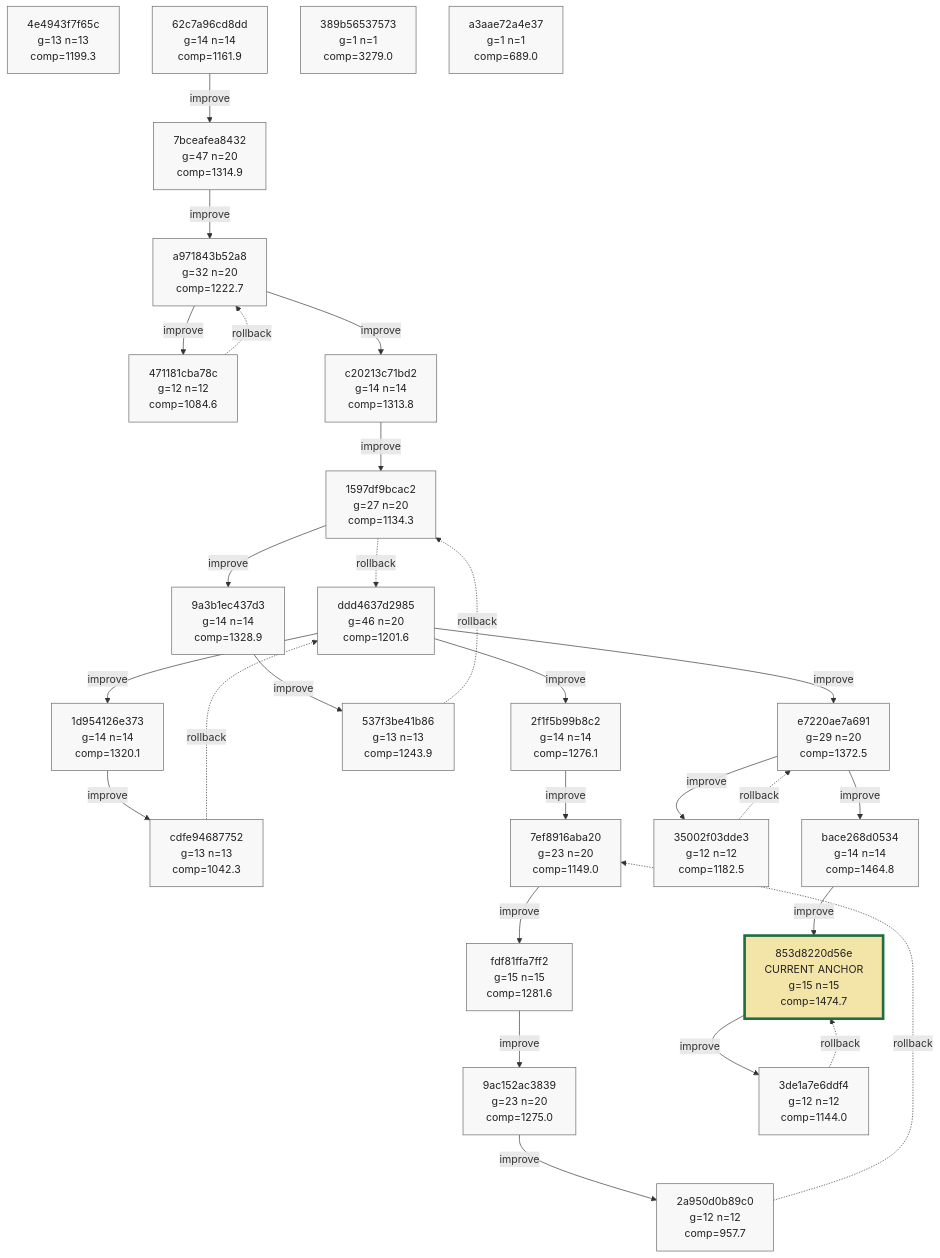
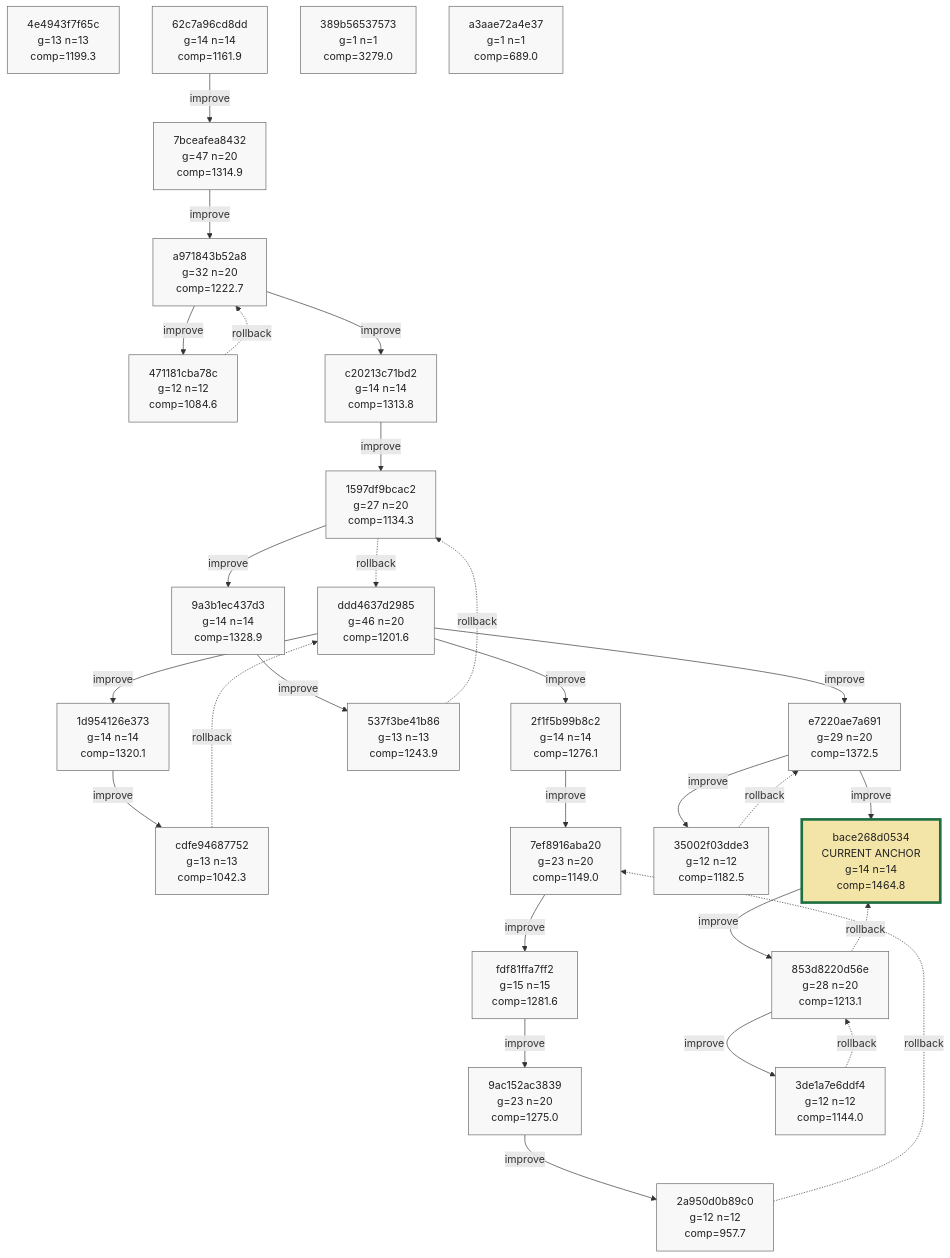
Before and after one commit to azumag/soviet_now: the ninth of 9 diagrams in phyrogenetic-tree.md, drawn with Mermaid. The commit also changed other lines of this file and 2 other files, not shown here.

```diff
--- a/phyrogenetic-tree.md
+++ b/phyrogenetic-tree.md
@@ -2248,8 +2249,8 @@
     h_537f3be41b86["537f3be41b86<br/>g=13 n=13<br/>comp=1243.9"]
     h_e7220ae7a691["e7220ae7a691<br/>g=29 n=20<br/>comp=1372.5"]
     h_35002f03dde3["35002f03dde3<br/>g=12 n=12<br/>comp=1182.5"]
-    h_bace268d0534["bace268d0534<br/>g=14 n=14<br/>comp=1464.8"]
-    h_853d8220d56e["853d8220d56e<br/>CURRENT ANCHOR<br/>g=15 n=15<br/>comp=1474.7"]
+    h_bace268d0534["bace268d0534<br/>CURRENT ANCHOR<br/>g=14 n=14<br/>comp=1464.8"]
+    h_853d8220d56e["853d8220d56e<br/>g=28 n=20<br/>comp=1213.1"]
     h_3de1a7e6ddf4["3de1a7e6ddf4<br/>g=12 n=12<br/>comp=1144.0"]
     h_389b56537573["389b56537573<br/>g=1 n=1<br/>comp=3279.0"]
     h_a3aae72a4e37["a3aae72a4e37<br/>g=1 n=1<br/>comp=689.0"]
@@ -2280,6 +2281,7 @@
     h_bace268d0534 -->|improve| h_853d8220d56e
     h_853d8220d56e -->|improve| h_3de1a7e6ddf4
     h_3de1a7e6ddf4 -. rollback .-> h_853d8220d56e
+    h_853d8220d56e -. rollback .-> h_bace268d0534
 
     classDef plain fill:#f8f8f8,stroke:#666,stroke-width:1px,color:#222;
     classDef current fill:#ffe8a3,stroke:#9a6700,stroke-width:3px,color:#222;
@@ -2305,8 +2307,8 @@
     class h_537f3be41b86 plain;
     class h_e7220ae7a691 plain;
     class h_35002f03dde3 plain;
-    class h_bace268d0534 plain;
-    class h_853d8220d56e current_anchor;
+    class h_bace268d0534 current_anchor;
+    class h_853d8220d56e plain;
     class h_3de1a7e6ddf4 plain;
     class h_389b56537573 plain;
     class h_a3aae72a4e37 plain;
```
